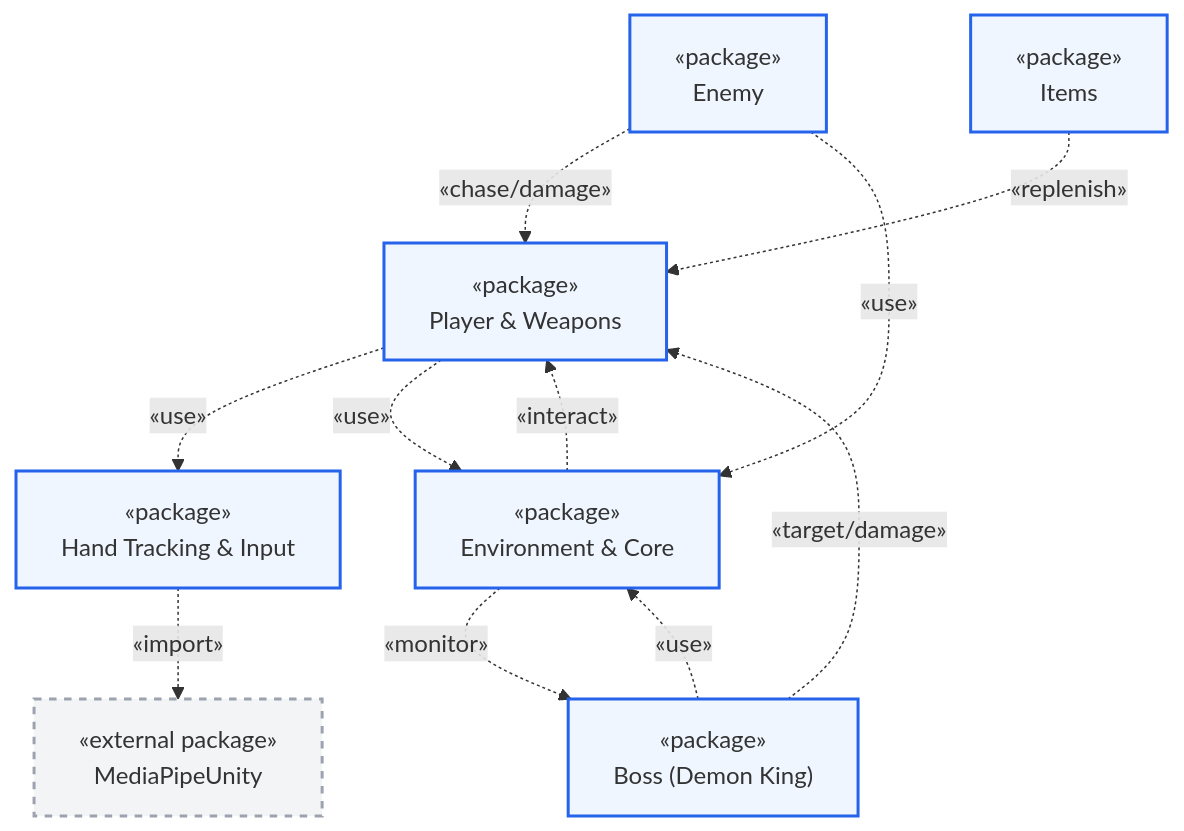
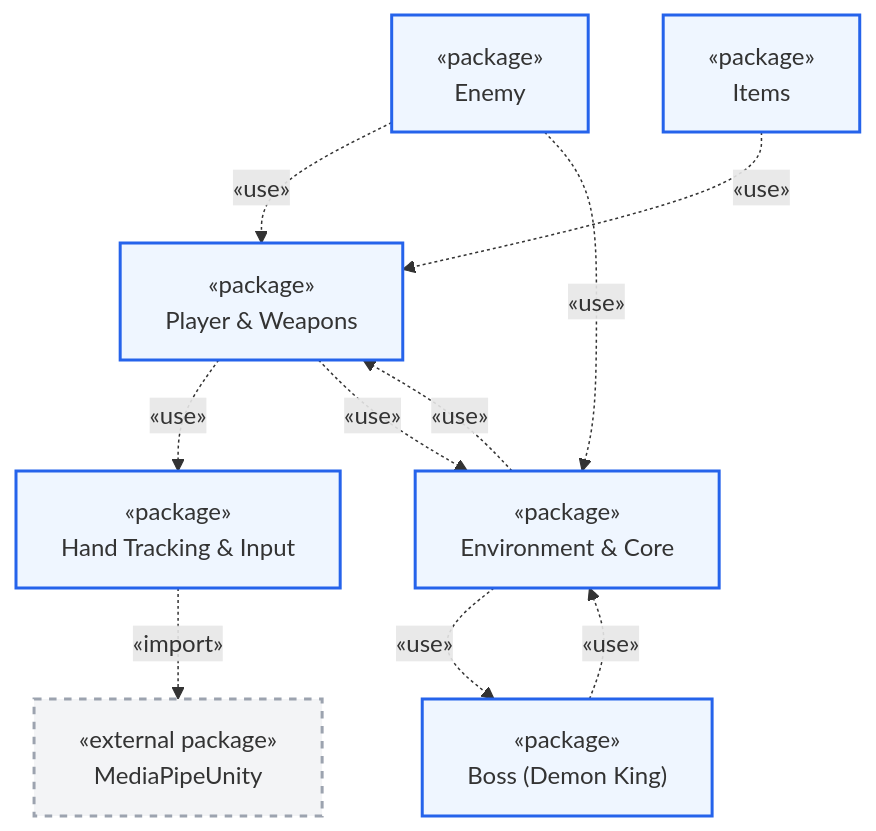
The first of 4 diagrams in docs/package_diagram_guide.md (PhamTheAn123/Demon-King-VS-Rambo-Frog-Hand_tracking-), drawn with Mermaid before and after one commit. The commit also changed other lines of this file, not shown here.

Commit message:
docs: update package diagram guide with UML fixes and optimized target architecture

````diff
--- a/docs/package_diagram_guide.md
+++ b/docs/package_diagram_guide.md
@@ -94,36 +83,35 @@
 ```mermaid
 flowchart TB
-    %% Định nghĩa các lớp màu sắc (Styling)
+    %% Styling
     classDef external fill:#f3f4f6,stroke:#9ca3af,stroke-width:2px,stroke-dasharray: 5 5;
     classDef internal fill:#eff6ff,stroke:#2563eb,stroke-width:2px;
 
-    %% Định nghĩa các Gói (Packages) dưới dạng các nút độc lập
+    %% Định nghĩa các Package
     pkg_mediapipe["«external package»<br/>MediaPipeUnity"]
     pkg_input["«package»<br/>Hand Tracking & Input"]
     pkg_player["«package»<br/>Player & Weapons"]
     pkg_boss["«package»<br/>Boss (Demon King)"]
     pkg_enemy["«package»<br/>Enemy"]
     pkg_items["«package»<br/>Items"]
     pkg_env["«package»<br/>Environment & Core"]
 
-    %% Áp dụng Styling
     class pkg_mediapipe external;
     class pkg_input,pkg_player,pkg_boss,pkg_enemy,pkg_items,pkg_env internal;
 
-    %% Định nghĩa mối quan hệ phụ thuộc (Dependencies)
+    %% Mối quan hệ
     pkg_input -.->|«import»| pkg_mediapipe
     pkg_player -.->|«use»| pkg_input
     
-    %% Các phụ thuộc hai chiều/vòng lặp trong code thực tế
+    %% Phụ thuộc vòng giữa Player và Environment
     pkg_player -.->|«use»| pkg_env
-    pkg_env -.->|«interact»| pkg_player
+    pkg_env -.->|«use»| pkg_player
     
-    pkg_boss -.->|«target/damage»| pkg_player
+    %% Phụ thuộc vòng giữa Boss và Environment
     pkg_boss -.->|«use»| pkg_env
-    pkg_env -.->|«monitor»| pkg_boss
+    pkg_env -.->|«use»| pkg_boss
     
-    pkg_enemy -.->|«chase/damage»| pkg_player
+    pkg_enemy -.->|«use»| pkg_player
     pkg_enemy -.->|«use»| pkg_env
     
-    pkg_items -.->|«replenish»| pkg_player
+    pkg_items -.->|«use»| pkg_player
 ```
````
